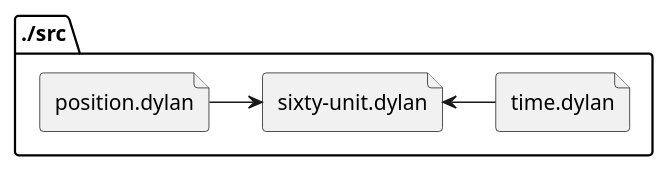
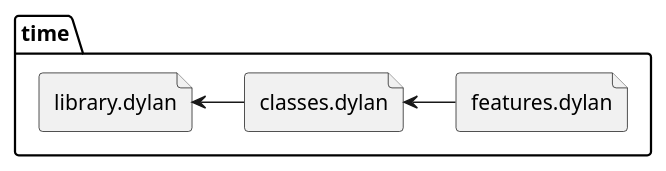
Before and after one commit to fraya/dylan-programming-book: the diagram in doc/deployment.plantuml, drawn with PlantUML. The commit also changed 8 other files, not shown here.

```diff
--- a/doc/deployment.plantuml
+++ b/doc/deployment.plantuml
@@ -1,12 +1,12 @@
 @startuml
 
-folder "./src" {
-  file "sixty-unit.dylan" as sixty
-  file "time.dylan" as time
-  file "position.dylan" as position
+folder "time" {
+  file "classes.dylan" as classes
+  file "features.dylan" as features
+  file "library.dylan" as library
 }
 
-sixty <- time
-position -> sixty
+library <- classes
+classes <- features
 
 @enduml
```
